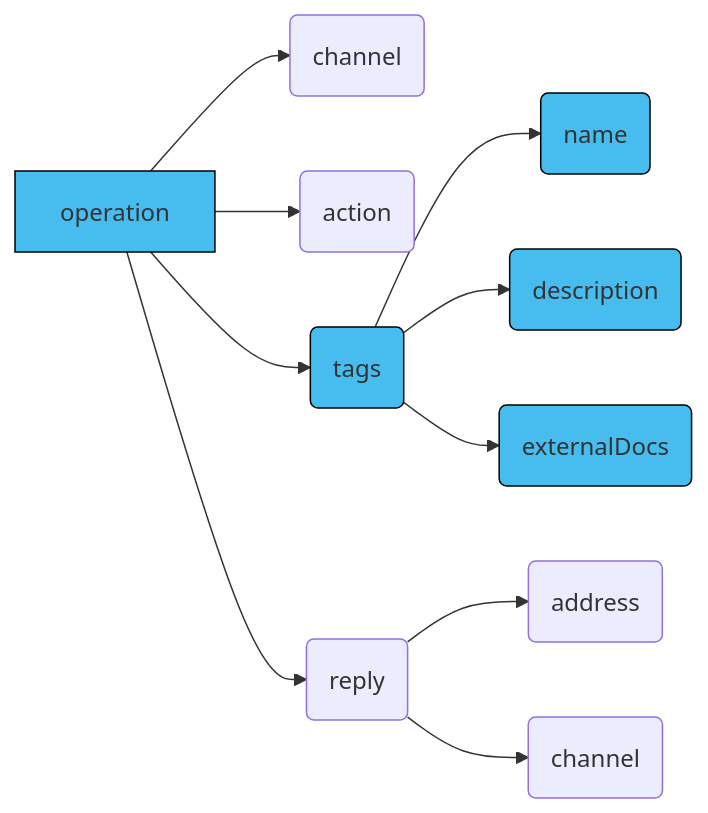
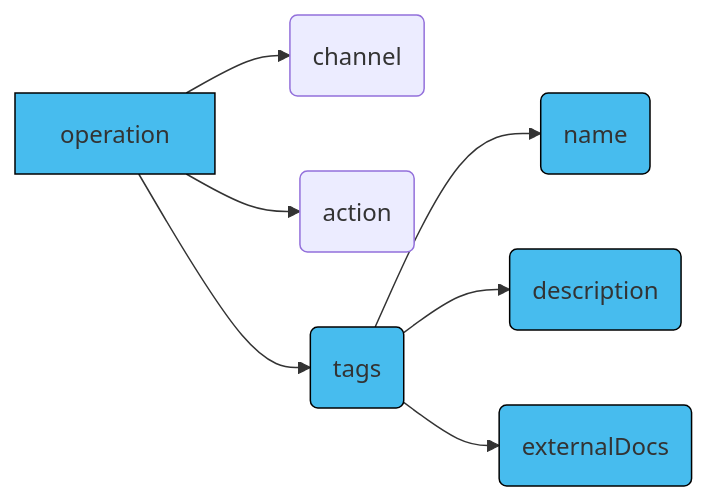
One commit to asyncapi/website changed the fourth of 5 diagrams in pages/docs/concepts/asyncapi-document/tags.md. Above: the diagram before and after it, drawn with Mermaid. The commit also changed other lines of this file, not shown here.

````diff
--- a/pages/docs/concepts/asyncapi-document/tags.md
+++ b/pages/docs/concepts/asyncapi-document/tags.md
@@ -169,28 +173,22 @@
 ```mermaid
 graph LR
   A[operation]
   E(channel)
   F(action)
   H(tags)
-  L(reply)
-  M(address)
-  N(channel)
   X(name)
   Y(description)
   Z(externalDocs)
 
   A --> E
   A --> F
   A --> H
-  A --> L
-  L --> M
-  L --> N
   H --> X
   H --> Y
   H --> Z
   style A fill:#47BCEE,stroke:#000;
   style Z fill:#47BCEE,stroke:#000;
   style H fill:#47BCEE,stroke:#000;
   style Y fill:#47BCEE,stroke:#000;
   style X fill:#47BCEE,stroke:#000;
 ```
````
